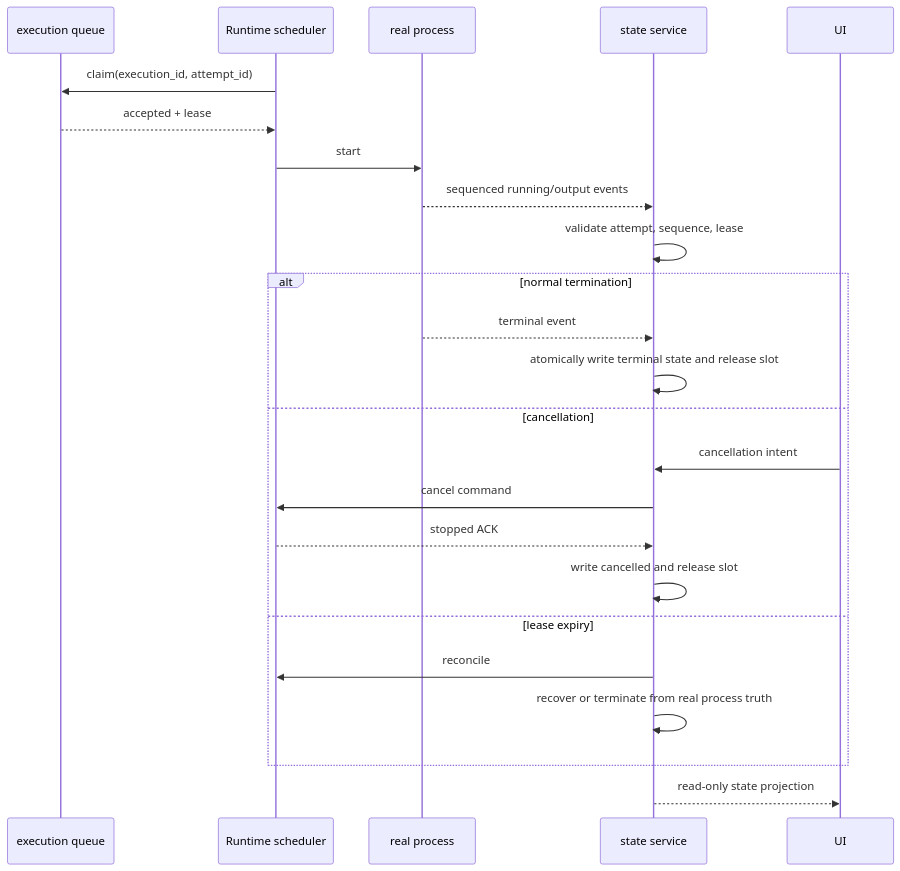
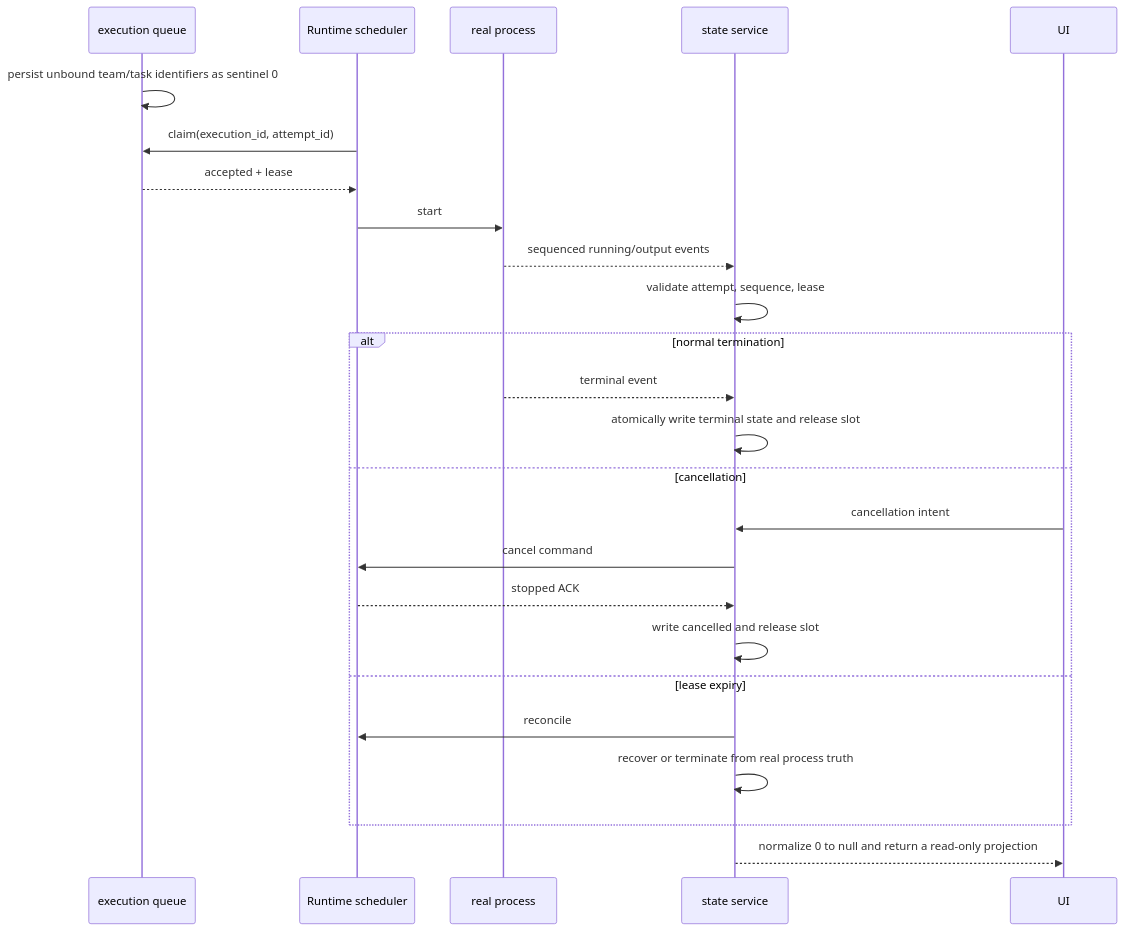
One commit to wecode-ai/Wegent changed the second of 2 diagrams in docs/en/architecture/project-execution-state.md. Above: the diagram before and after it, drawn with Mermaid. The commit also changed other lines of this file and 17 other files, not shown here.

````diff
--- a/docs/en/architecture/project-execution-state.md
+++ b/docs/en/architecture/project-execution-state.md
@@ -25,27 +27,28 @@
 ```mermaid
 sequenceDiagram
     participant Q as execution queue
     participant R as Runtime scheduler
     participant P as real process
     participant S as state service
     participant U as UI
 
+    Q->>Q: persist unbound team/task identifiers as sentinel 0
     R->>Q: claim(execution_id, attempt_id)
     Q-->>R: accepted + lease
     R->>P: start
     P-->>S: sequenced running/output events
     S->>S: validate attempt, sequence, lease
     alt normal termination
         P-->>S: terminal event
         S->>S: atomically write terminal state and release slot
     else cancellation
         U->>S: cancellation intent
         S->>R: cancel command
         R-->>S: stopped ACK
         S->>S: write cancelled and release slot
     else lease expiry
         S->>R: reconcile
         S->>S: recover or terminate from real process truth
     end
-    S-->>U: read-only state projection
+    S-->>U: normalize 0 to null and return a read-only projection
 ```
````
